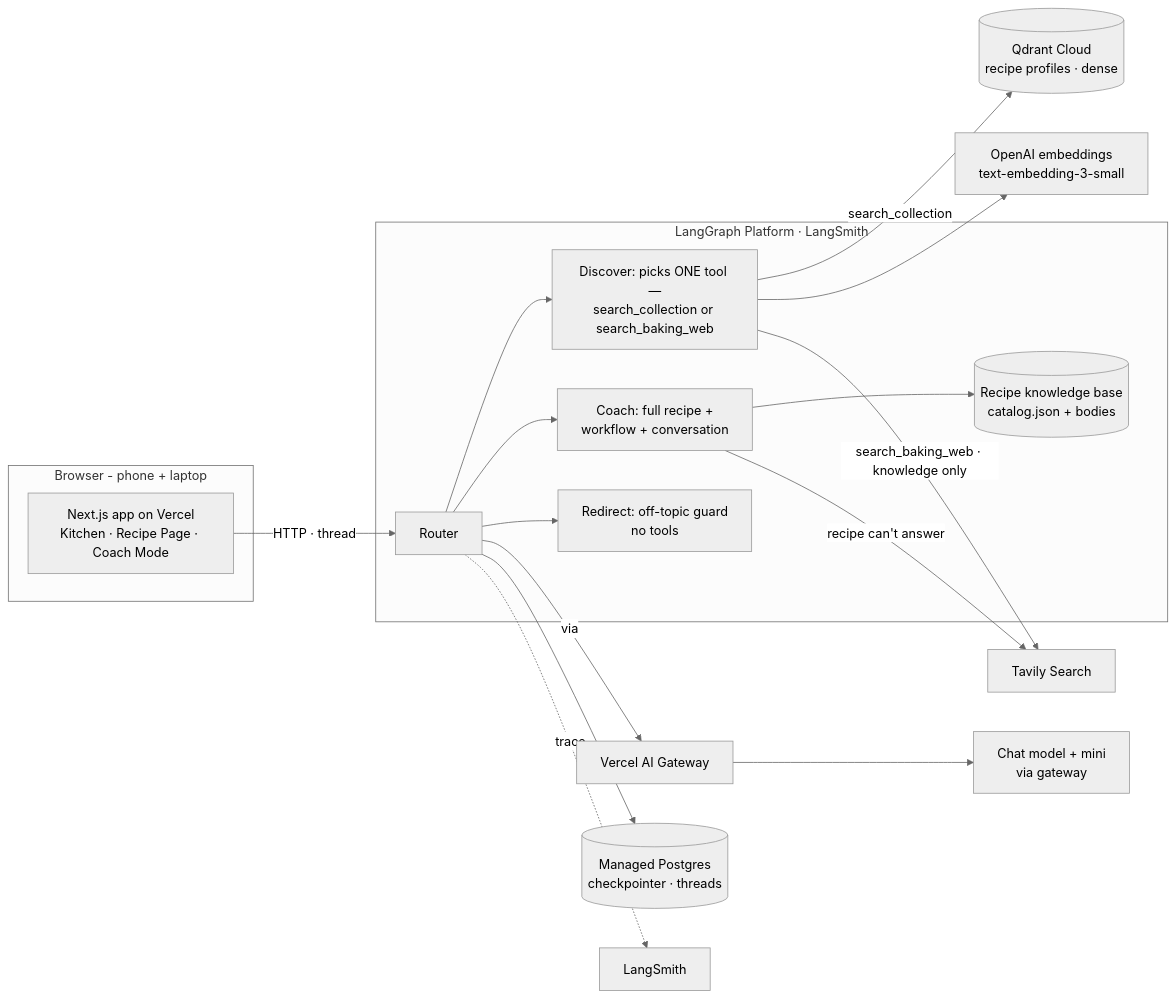
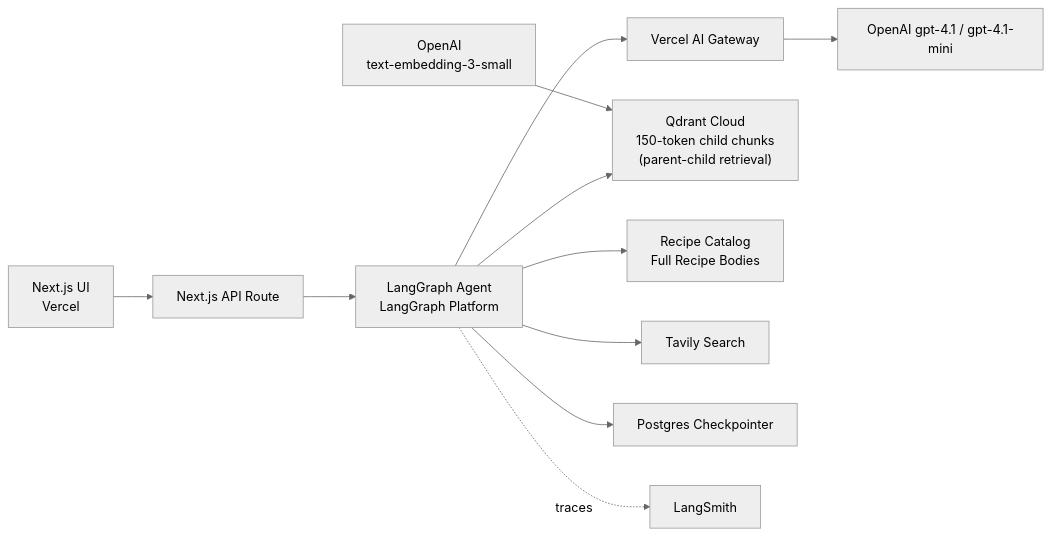
The second of 3 diagrams in SUBMISSION.md (xx257/bake-me-up), drawn with Mermaid (neutral theme) before and after one commit. The commit also changed other lines of this file and 1 other file, not shown here.

First line of the commit message:
SUBMISSION.md + README: final write-up (all 7 tasks, parent-child, Loom)

````diff
--- a/SUBMISSION.md
+++ b/SUBMISSION.md
@@ -115,33 +76,13 @@
 ```mermaid
 flowchart LR
-    subgraph Client [Browser - phone + laptop]
-        UI[Next.js app on Vercel<br/>Kitchen · Recipe Page · Coach Mode]
-    end
-    subgraph Backend [LangGraph Platform · LangSmith]
-        RT[Router]
-        DIS[Discover: picks ONE tool —<br/>search_collection or search_baking_web]
-        CO[Coach: full recipe +<br/>workflow + conversation]
-        RED[Redirect: off-topic guard<br/>no tools]
-        CAT[(Recipe knowledge base<br/>catalog.json + bodies)]
-    end
-    GW[Vercel AI Gateway]
-    LLM[Chat model + mini<br/>via gateway]
-    VDB[(Qdrant Cloud<br/>recipe profiles · dense)]
-    EMB[OpenAI embeddings<br/>text-embedding-3-small]
-    WEB[Tavily Search]
-    MEM[(Managed Postgres<br/>checkpointer · threads)]
-    MON[LangSmith]
-
-    UI -->|HTTP · thread| RT
-    RT --> DIS
-    RT --> CO
-    RT --> RED
-    DIS -->|search_collection| VDB
-    DIS --> EMB
-    DIS -->|search_baking_web · knowledge only| WEB
-    CO --> CAT
-    CO -->|recipe can't answer| WEB
-    RT -->|via| GW --> LLM
-    RT --> MEM
-    RT -.trace.-> MON
+    UI[Next.js UI<br/>Vercel] --> API[Next.js API Route]
+    API --> LG[LangGraph Agent<br/>LangGraph Platform]
+    LG --> GW[Vercel AI Gateway]
+    GW --> LLM[OpenAI gpt-4.1 / gpt-4.1-mini]
+    LG --> QD["Qdrant Cloud<br/>150-token child chunks<br/>(parent-child retrieval)"]
+    LG --> CAT[Recipe Catalog<br/>Full Recipe Bodies]
+    LG --> TV[Tavily Search]
+    LG --> MEM[Postgres Checkpointer]
+    LG -. traces .-> LS[LangSmith]
+    EMB[OpenAI<br/>text-embedding-3-small] --> QD
 ```
````
